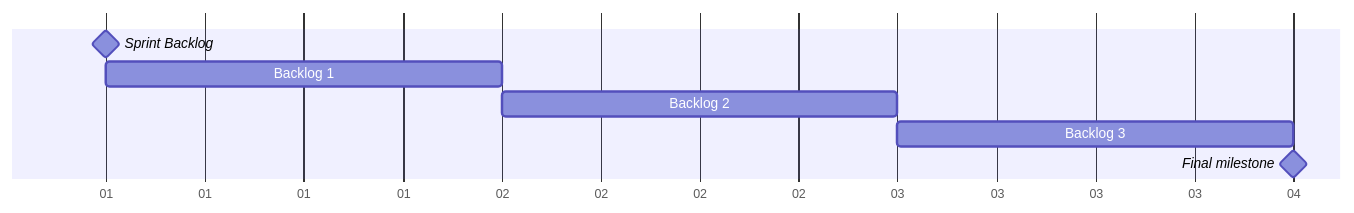
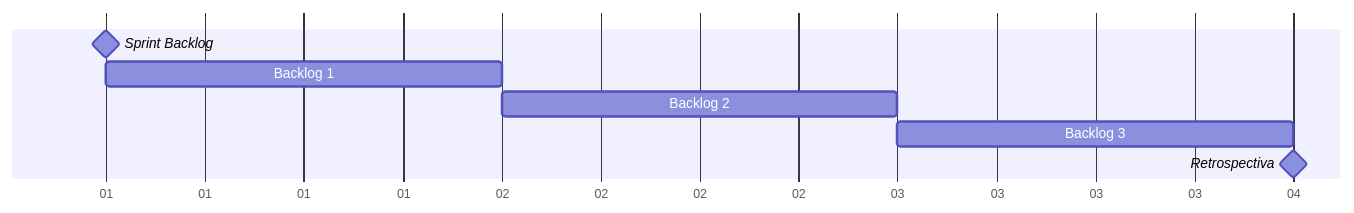
The second of 2 diagrams in sprint.md (Iagocds/Projeto-Integrado), drawn with Mermaid before and after one commit.

````diff
--- a/sprint.md
+++ b/sprint.md
@@ -24,10 +24,10 @@
 ```mermaid
 gantt
     dateFormat D
     axisFormat %d
     Sprint Backlog : milestone, m1, 1, 0d
     Backlog 1 : 1d
     Backlog 2 : 1d
     Backlog 3 : 1d
-    Final milestone : milestone, m2, 4, 0d
+    Retrospectiva : milestone, m2, 4, 0d
 ```
````
